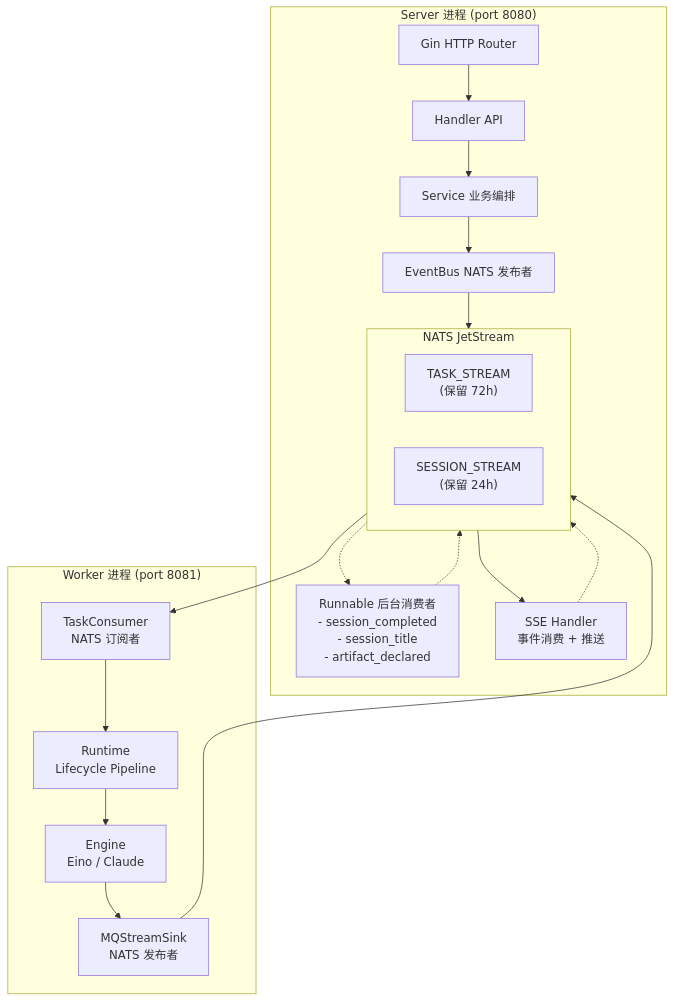
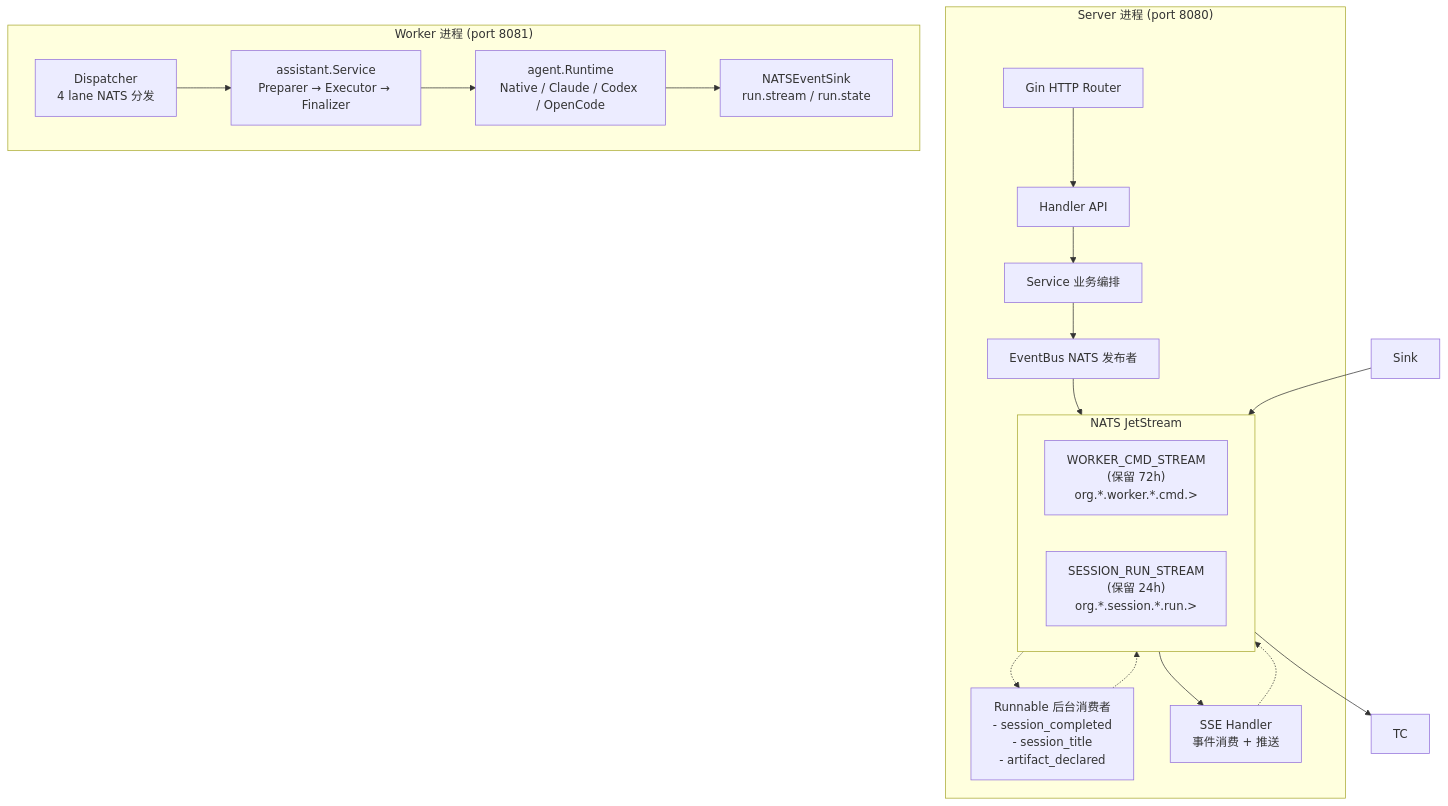
Before and after one commit to morehao/oss-insights: the first of 8 diagrams in agent-product/leros/user-session-full-flow.md, drawn with Mermaid. The commit also changed other lines of this file and 4 other files, not shown here.

Commit message:
docs(leros): update architecture and data flow documents

````diff
--- a/agent-product/leros/user-session-full-flow.md
+++ b/agent-product/leros/user-session-full-flow.md
@@ -9,28 +9,28 @@
 ```mermaid
 graph TB
     subgraph Server["Server 进程 (port 8080)"]
         Gin[Gin HTTP Router] --> Handler[Handler API]
         Handler --> Service[Service 业务编排]
         Service --> NATSPub[EventBus NATS 发布者]
 
         Runnable[Runnable 后台消费者<br/>- session_completed<br/>- session_title<br/>- artifact_declared] -.-> NATS
         SSE[SSE Handler<br/>事件消费 + 推送] -.-> NATS
     end
 
     subgraph NATS["NATS JetStream"]
-        TASK_STREAM["TASK_STREAM<br/>(保留 72h)"]
-        SESSION_STREAM["SESSION_STREAM<br/>(保留 24h)"]
+        WORKER_CMD_STREAM["WORKER_CMD_STREAM<br/>(保留 72h)<br/>org.*.worker.*.cmd.>"]
+        SESSION_RUN_STREAM["SESSION_RUN_STREAM<br/>(保留 24h)<br/>org.*.session.*.run.>"]
     end
 
     subgraph Worker["Worker 进程 (port 8081)"]
-        TC[TaskConsumer<br/>NATS 订阅者] --> RT[Runtime<br/>Lifecycle Pipeline]
-        RT --> Engine[Engine<br/>Eino / Claude]
-        Engine --> Sink[MQStreamSink<br/>NATS 发布者]
+        DISP[Dispatcher<br/>4 lane NATS 分发] --> ASSIST[assistant.Service<br/>Preparer → Executor → Finalizer]
+        ASSIST --> RT[agent.Runtime<br/>Native / Claude / Codex / OpenCode]
+        RT --> SINK[NATSEventSink<br/>run.stream / run.state]
     end
 
     NATSPub --> NATS
     NATS --> TC
     Sink --> NATS
     NATS --> SSE
     NATS -.-> Runnable
 ```
````
